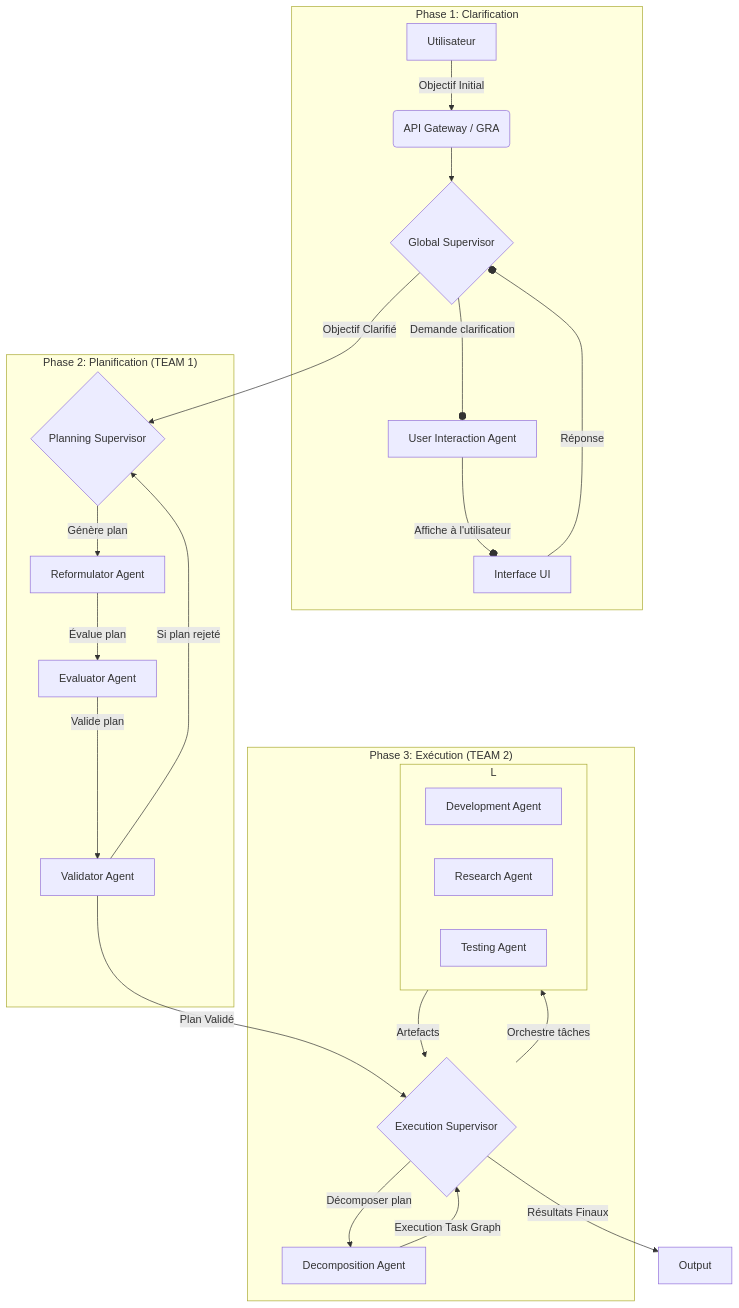
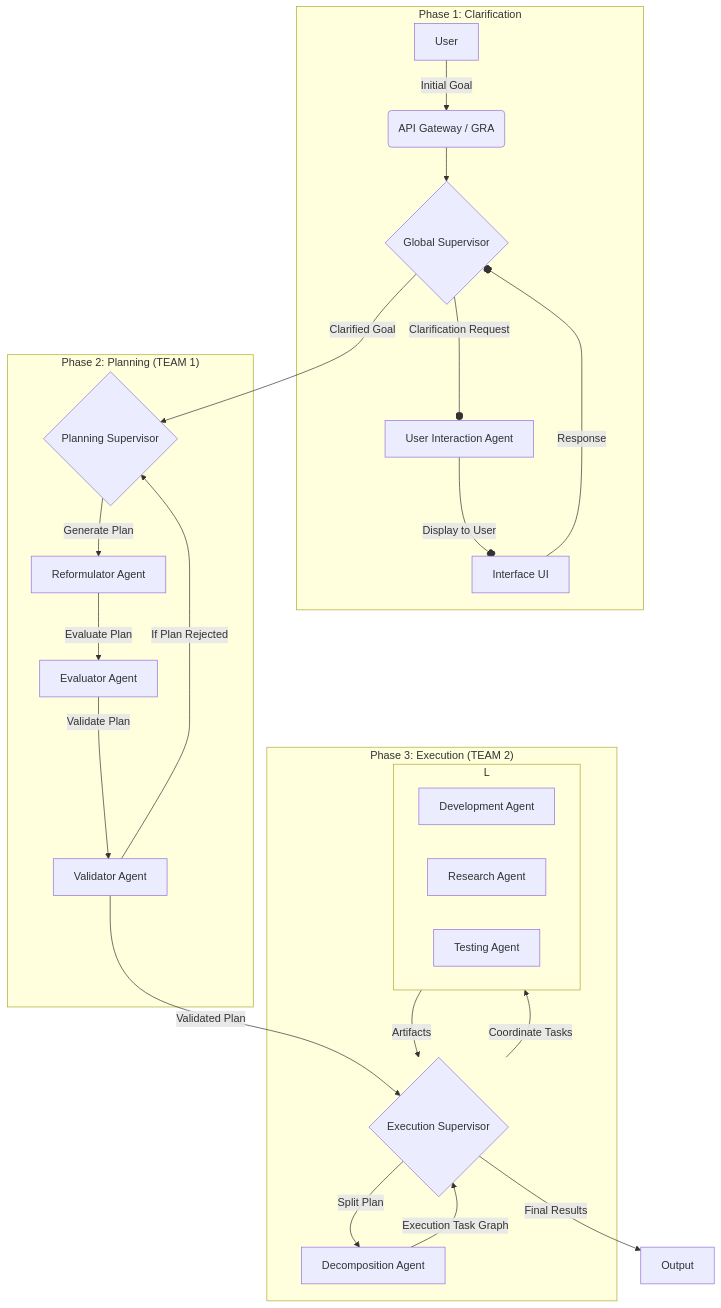
Before and after one commit to etiennerev1222/orchestrai-hackathon-ADK: the first of 2 diagrams in README.md, drawn with Mermaid. The commit also changed other lines of this file and 2 other files, not shown here.

````diff
--- a/README.md
+++ b/README.md
@@ -50,31 +48,31 @@
 ```mermaid
 graph TD
     subgraph "Phase 1: Clarification"
-        A[Utilisateur] -->|Objectif Initial| B(API Gateway / GRA)
+        A[User] -->|Initial Goal| B(API Gateway / GRA)
         B --> C{Global Supervisor}
-        C --o|Demande clarification| D[User Interaction Agent]
-        D --o|Affiche à l'utilisateur| E[Interface UI]
-        E --o|Réponse| C
+        C --o|Clarification Request| D[User Interaction Agent]
+        D --o|Display to User| E[Interface UI]
+        E --o|Response| C
     end
-    C -->|Objectif Clarifié| F{Planning Supervisor}
-    subgraph "Phase 2: Planification (TEAM 1)"
-        F -->|Génère plan| G[Reformulator Agent]
-        G -->|Évalue plan| H[Evaluator Agent]
-        H -->|Valide plan| I[Validator Agent]
-        I -- "Si plan rejeté" --> F
+    C -->|Clarified Goal| F{Planning Supervisor}
+    subgraph "Phase 2: Planning (TEAM 1)"
+        F -->|Generate Plan| G[Reformulator Agent]
+        G -->|Evaluate Plan| H[Evaluator Agent]
+        H -->|Validate Plan| I[Validator Agent]
+        I -- "If Plan Rejected" --> F
     end
-    I -- "Plan Validé" --> J{Execution Supervisor}
-    subgraph "Phase 3: Exécution (TEAM 2)"
-        J -->|Décomposer plan| K[Decomposition Agent]
+    I -- "Validated Plan" --> J{Execution Supervisor}
+    subgraph "Phase 3: Execution (TEAM 2)"
+        J -->|Split Plan| K[Decomposition Agent]
         K -->|Execution Task Graph| J
-        J -- "Orchestre tâches" --> L((Pool d'Agents d'Exécution))
+        J -- "Coordinate Tasks" --> L((Execution Agents Pool))
         subgraph L
             direction LR
             L1[Development Agent]
             L2[Research Agent]
             L3[Testing Agent]
         end
-        L -- "Artefacts" --> J
+        L -- "Artifacts" --> J
     end
-    J -->|Résultats Finaux| M[Output]
+    J -->|Final Results| M[Output]
 ```
````
